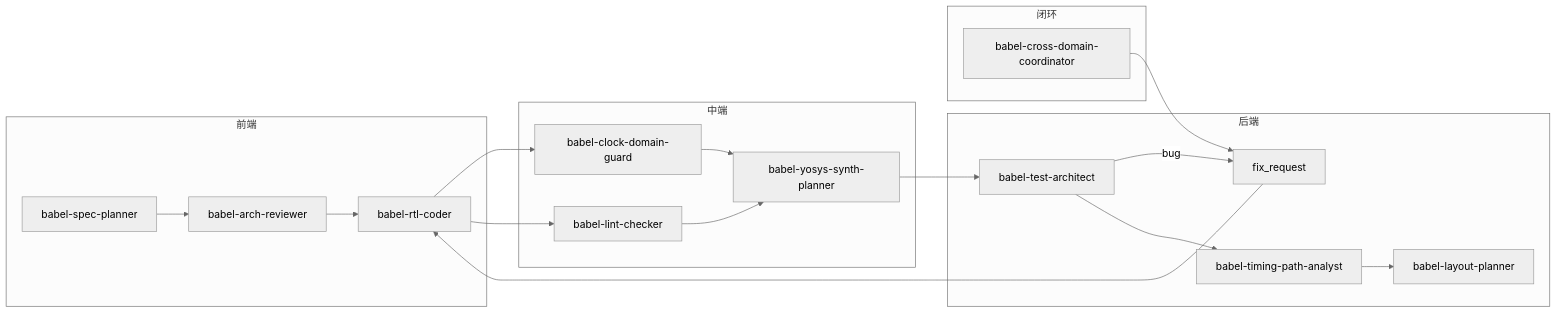
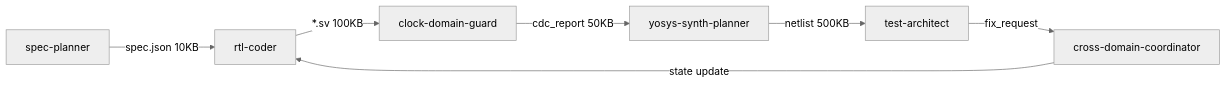
The second of 2 diagrams in idea/design_doc.md (amoslee2026/Babel), drawn with Mermaid (neutral theme) before and after one commit. The commit also changed other lines of this file and 1 other file, not shown here.

````diff
--- a/idea/design_doc.md
+++ b/idea/design_doc.md
@@ -92,25 +152,9 @@
 ```mermaid
 flowchart LR
-    subgraph 前端
-        A[babel-spec-planner] --> B[babel-arch-reviewer]
-        B --> C[babel-rtl-coder]
-    end
-
-    subgraph 中端
-        C --> D[babel-clock-domain-guard]
-        C --> E[babel-lint-checker]
-        D & E --> F[babel-yosys-synth-planner]
-    end
-
-    subgraph 后端
-        F --> G[babel-test-architect]
-        G -->|bug| H[fix_request]
-        H --> C
-        G --> I[babel-timing-path-analyst]
-        I --> J[babel-layout-planner]
-    end
-
-    subgraph 闭环
-        K[babel-cross-domain-coordinator] --> H
-    end
+    A["spec-planner"] -->|spec.json 10KB| B["rtl-coder"]
+    B -->|*.sv 100KB| C["clock-domain-guard"]
+    C -->|cdc_report 50KB| D["yosys-synth-planner"]
+    D -->|netlist 500KB| E["test-architect"]
+    E -->|fix_request| F["cross-domain-coordinator"]
+    F -->|state update| B
 ```
````
